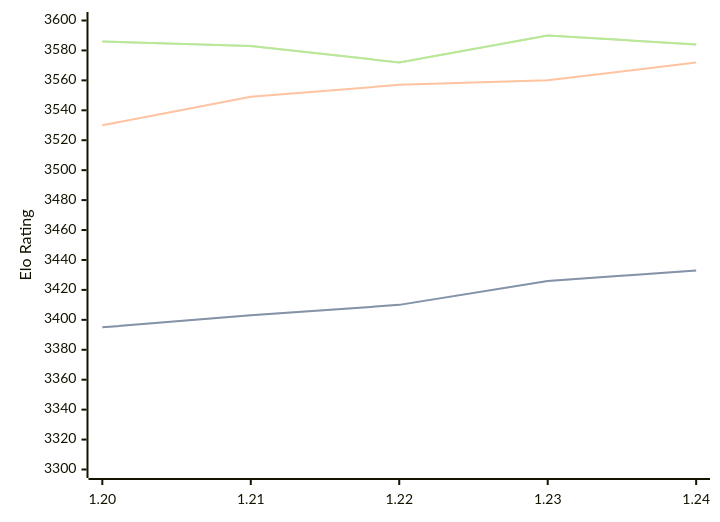
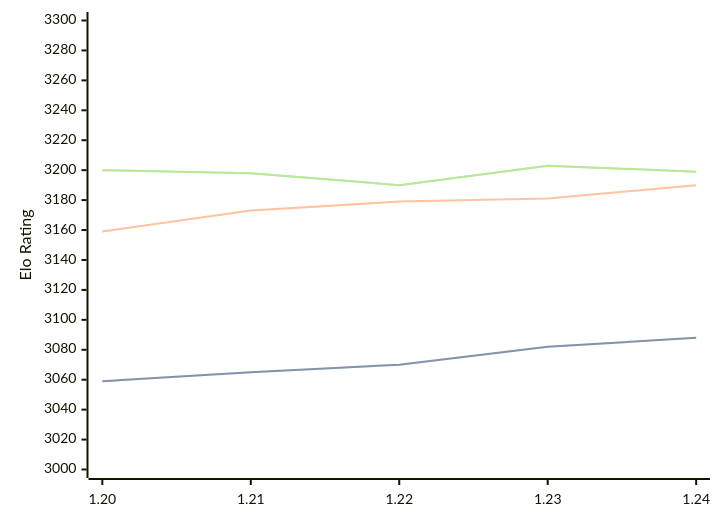
One commit to computer-chess-index/cci changed the diagram in engines/Caissa.md. Above: the diagram before and after it, drawn with Mermaid. The commit also changed other lines of this file, not shown here.

Commit message:
Update CCI Ratings (ELO VLTC) - 2026-02-23

````diff
--- a/engines/Caissa.md
+++ b/engines/Caissa.md
@@ -61,11 +61,11 @@
 ```mermaid
 %%{init: {"theme":"base","themeVariables":{"seriesColors:['#a3a3a3','#222221','#faa371']}}}%%
 xychart-beta
   x-axis ["1.20", "1.21", "1.22", "1.23", "1.24"]
-  y-axis "Elo Rating" 3300 --> 3600
-  line "STC (8.0+0.08s)" [3395, 3403, 3410, 3426, 3433]
-  line "STC (8.0+0.08s)" [3395, 3403, 3410, 3426, 3433]
-  line "LTC (60.0+0.60s)" [3530, 3549, 3557, 3560, 3572]
-  line "VLTC (2m24s+1.12s)" [3586, 3583, 3572, 3590, 3584]
-  line "VLTC (2m24s+1.12s)" [3586, 3583, 3572, 3590, 3584]
+  y-axis "Elo Rating" 3000 --> 3300
+  line "STC (8.0+0.08s)" [3059, 3065, 3070, 3082, 3088]
+  line "STC (8.0+0.08s)" [3059, 3065, 3070, 3082, 3088]
+  line "LTC (60.0+0.60s)" [3159, 3173, 3179, 3181, 3190]
+  line "VLTC (2m24s+1.12s)" [3200, 3198, 3190, 3203, 3199]
+  line "VLTC (2m24s+1.12s)" [3200, 3198, 3190, 3203, 3199]
 ```
````
